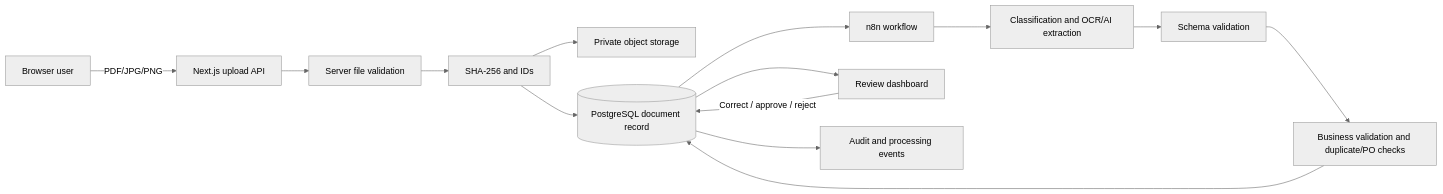
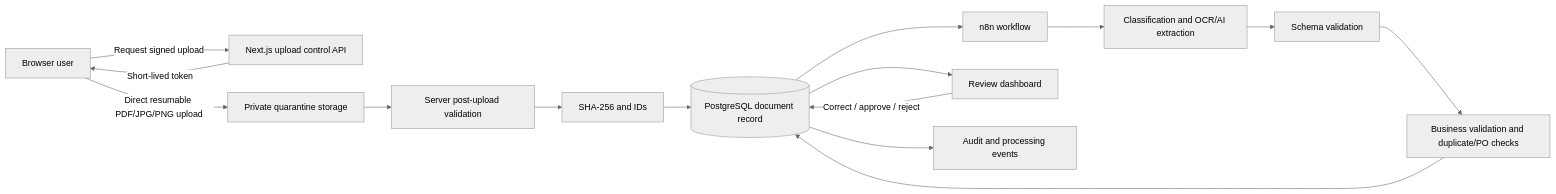
The diagram in docs/ARCHITECTURE.md (Krisdziam/docflow-ai), drawn with Mermaid (neutral theme) before and after one commit. The commit also changed other lines of this file and 7 other files, not shown here.

````diff
--- a/docs/ARCHITECTURE.md
+++ b/docs/ARCHITECTURE.md
@@ -26,16 +26,17 @@
 ```mermaid
 flowchart LR
-    U[Browser user] -->|PDF/JPG/PNG| A[Next.js upload API]
-    A --> V[Server file validation]
+    U[Browser user] -->|Request signed upload| A[Next.js upload control API]
+    A -->|Short-lived token| U
+    U -->|Direct resumable PDF/JPG/PNG upload| S[Private quarantine storage]
+    S --> V[Server post-upload validation]
     V --> H[SHA-256 and IDs]
-    H --> S[Private object storage]
     H --> D[(PostgreSQL document record)]
     D --> N[n8n workflow]
     N --> C[Classification and OCR/AI extraction]
     C --> Z[Schema validation]
     Z --> B[Business validation and duplicate/PO checks]
     B --> D
     D --> R[Review dashboard]
     R -->|Correct / approve / reject| D
     D --> L[Audit and processing events]
 ```
````
